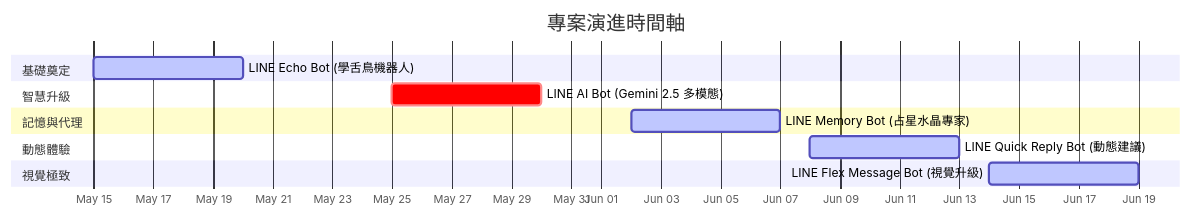
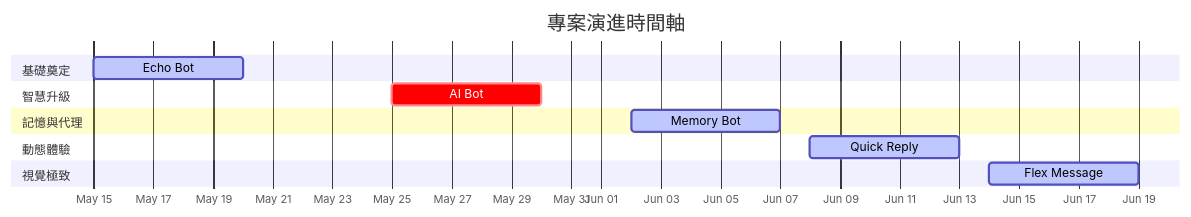
Before and after one commit to zonawang/zona-ai-learning-lab: the diagram in README.md, drawn with Mermaid.

Commit message:
docs: simplify Gantt chart labels to prevent text overflow

````diff
--- a/README.md
+++ b/README.md
@@ -11,21 +11,21 @@
 ```mermaid
 gantt
     title 專案演進時間軸
     dateFormat  YYYY-MM-DD
     axisFormat  %b %d
     
     section 基礎奠定
-    LINE Echo Bot (學舌鳥機器人) :active, p1, 2026-05-15, 5d
+    Echo Bot :active, p1, 2026-05-15, 5d
     
     section 智慧升級
-    LINE AI Bot (Gemini 2.5 多模態) :crit, p2, 2026-05-25, 5d
+    AI Bot :crit, p2, 2026-05-25, 5d
     
     section 記憶與代理
-    LINE Memory Bot (占星水晶專家) :active, p3, 2026-06-02, 5d
+    Memory Bot :active, p3, 2026-06-02, 5d
     
     section 動態體驗
-    LINE Quick Reply Bot (動態建議) :active, p4, 2026-06-08, 5d
+    Quick Reply :active, p4, 2026-06-08, 5d
     
     section 視覺極致
-    LINE Flex Message Bot (視覺升級) :active, p5, 2026-06-14, 5d
+    Flex Message :active, p5, 2026-06-14, 5d
 ```
````
